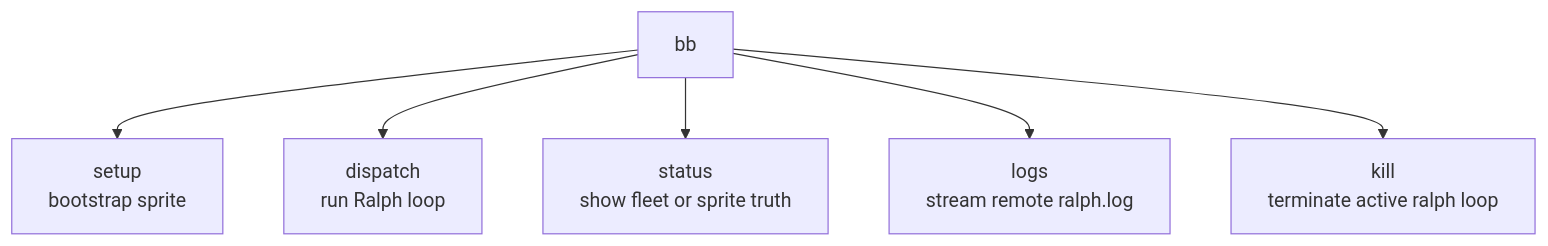
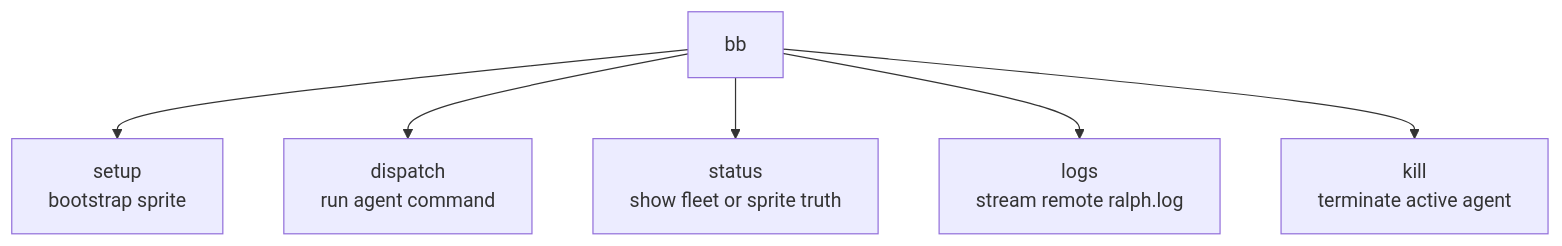
One commit to misty-step/bitterblossom changed the first of 5 diagrams in docs/architecture/bb-cli.md. Above: the diagram before and after it, drawn with Mermaid. The commit also changed other lines of this file and 38 other files, not shown here.

````diff
--- a/docs/architecture/bb-cli.md
+++ b/docs/architecture/bb-cli.md
@@ -16,8 +16,8 @@
 ```mermaid
 flowchart TD
     Root["bb"] --> Setup["setup\nbootstrap sprite"]
-    Root --> Dispatch["dispatch\nrun Ralph loop"]
+    Root --> Dispatch["dispatch\nrun agent command"]
     Root --> Status["status\nshow fleet or sprite truth"]
     Root --> Logs["logs\nstream remote ralph.log"]
-    Root --> Kill["kill\nterminate active ralph loop"]
+    Root --> Kill["kill\nterminate active agent"]
 ```
````
